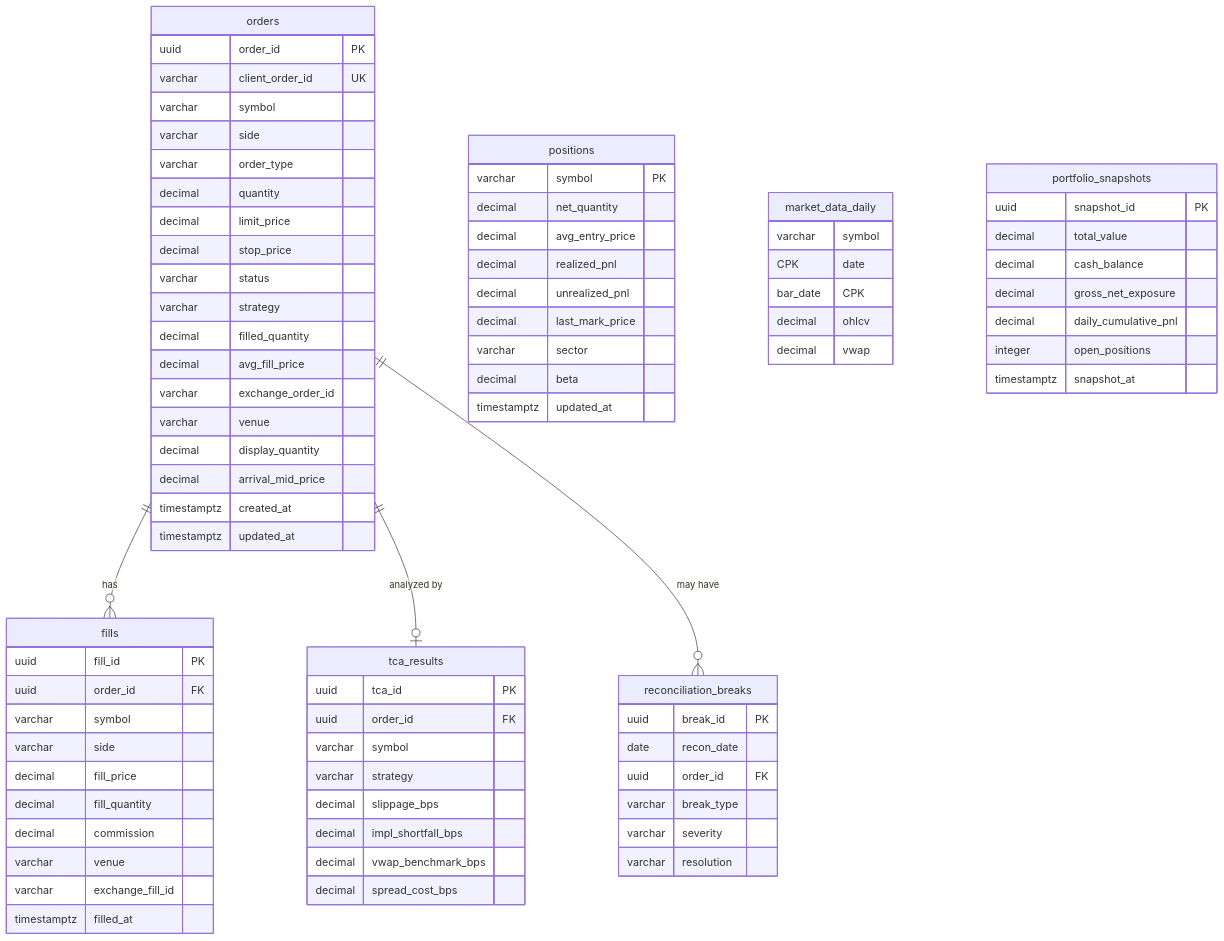
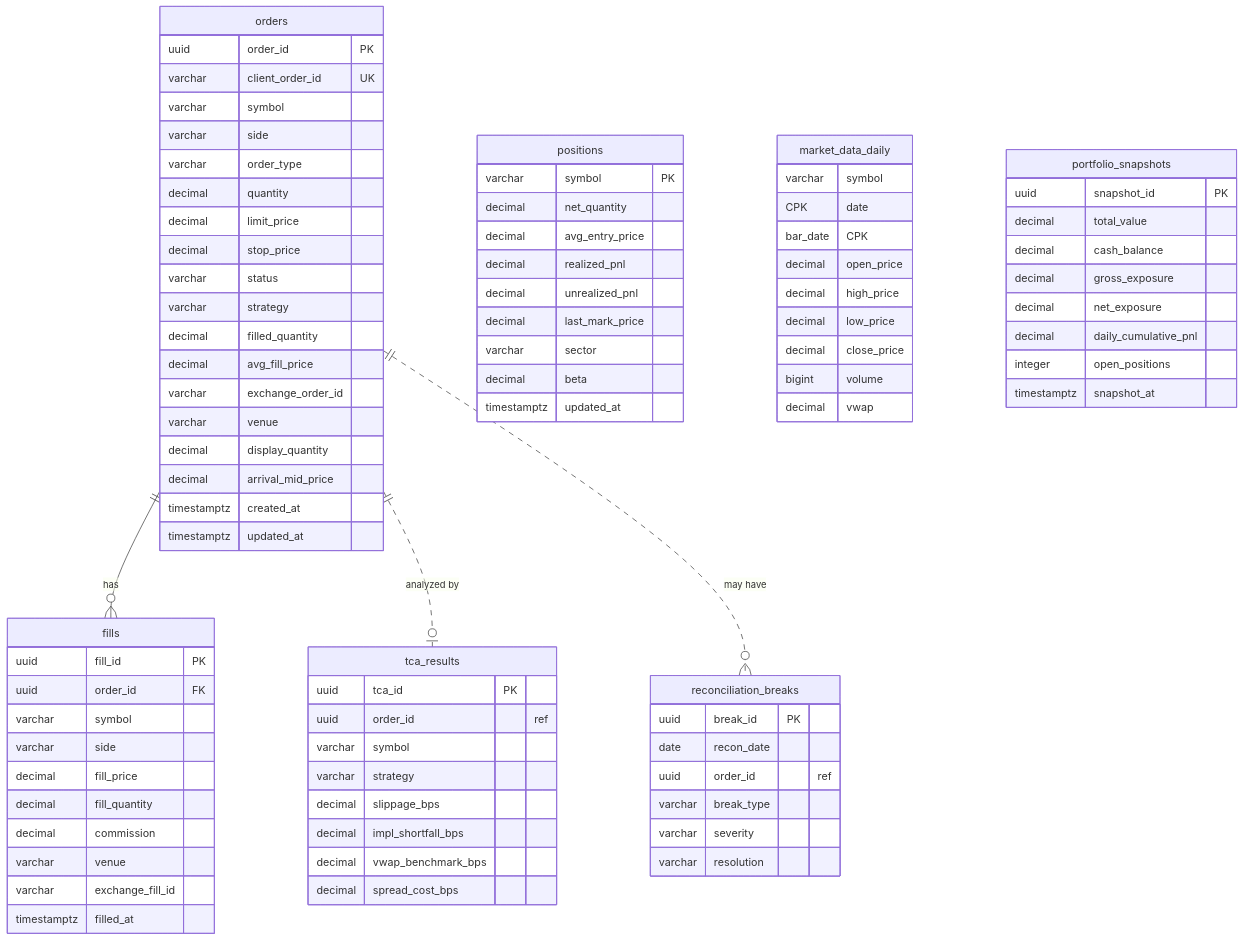
Diagram 12 of 18 in docs/technical-design-document.md (drag0sd0g/MariaAlpha), drawn with Mermaid before and after one commit. The commit also changed other lines of this file and 17 other files, not shown here.

````diff
--- a/docs/technical-design-document.md
+++ b/docs/technical-design-document.md
@@ -754,8 +754,8 @@
 ```mermaid
 erDiagram
     orders ||--o{ fills : "has"
-    orders ||--o| tca_results : "analyzed by"
-    orders ||--o{ reconciliation_breaks : "may have"
+    orders ||..o| tca_results : "analyzed by"
+    orders ||..o{ reconciliation_breaks : "may have"
 
     orders {
         uuid order_id PK
@@ -806,14 +806,18 @@
     market_data_daily {
         varchar symbol CPK
         date bar_date CPK
-        decimal ohlcv
+        decimal open_price
+        decimal high_price
+        decimal low_price
+        decimal close_price
+        bigint volume
         decimal vwap
     }
 
     reconciliation_breaks {
         uuid break_id PK
         date recon_date
-        uuid order_id FK
+        uuid order_id "ref"
         varchar break_type
         varchar severity
         varchar resolution
@@ -821,7 +825,7 @@
 
     tca_results {
         uuid tca_id PK
-        uuid order_id FK
+        uuid order_id "ref"
         varchar symbol
         varchar strategy
         decimal slippage_bps
@@ -834,7 +838,8 @@
         uuid snapshot_id PK
         decimal total_value
         decimal cash_balance
-        decimal gross_net_exposure
+        decimal gross_exposure
+        decimal net_exposure
         decimal daily_cumulative_pnl
         integer open_positions
         timestamptz snapshot_at
````
